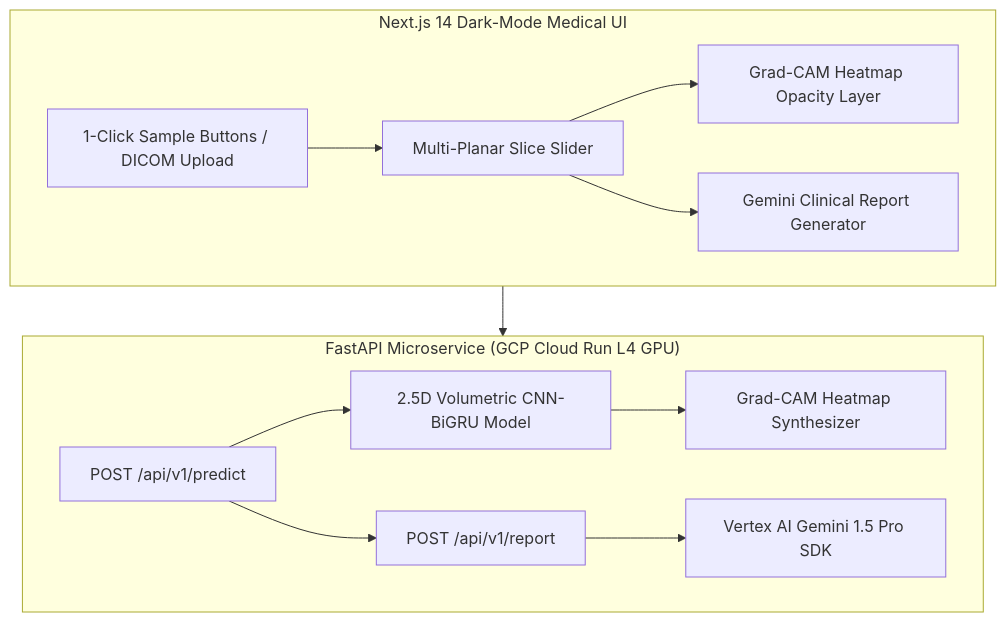
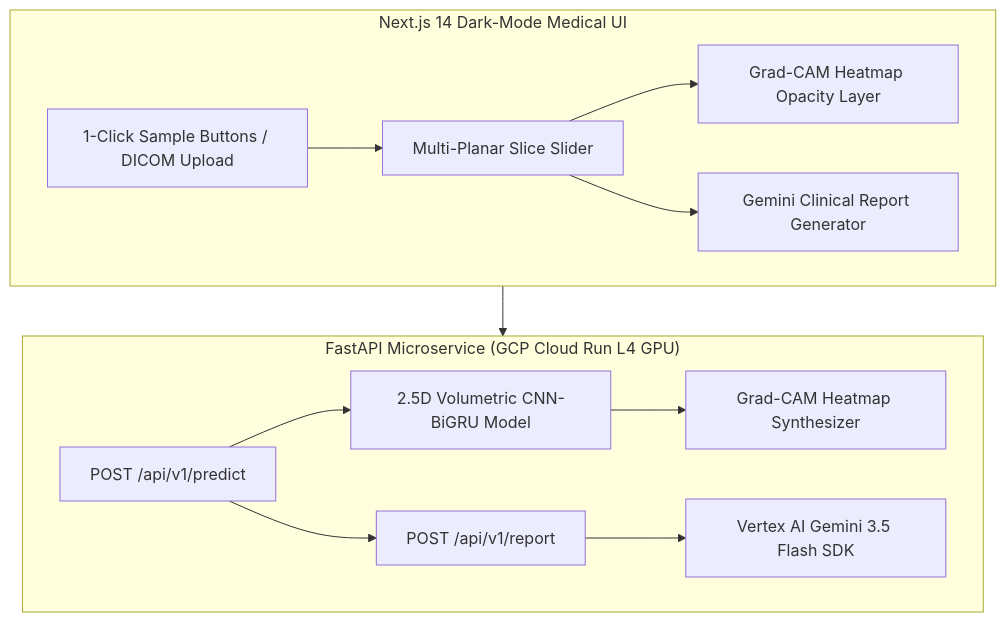
One commit to Sahil5273/RadScan-AI changed the diagram in README.md. Above: the diagram before and after it, drawn with Mermaid.

Commit message:
Update SDK reference in README

````diff
--- a/README.md
+++ b/README.md
@@ -26,17 +26,17 @@
 ```mermaid
 flowchart TD
     subgraph Frontend ["Next.js 14 Dark-Mode Medical UI"]
         A[1-Click Sample Buttons / DICOM Upload] --> B[Multi-Planar Slice Slider]
         B --> C[Grad-CAM Heatmap Opacity Layer]
         B --> D[Gemini Clinical Report Generator]
     end
 
     subgraph Backend ["FastAPI Microservice (GCP Cloud Run L4 GPU)"]
         E[POST /api/v1/predict] --> F[2.5D Volumetric CNN-BiGRU Model]
         F --> G[Grad-CAM Heatmap Synthesizer]
         E --> H[POST /api/v1/report]
-        H --> I[Vertex AI Gemini 1.5 Pro SDK]
+        H --> I[Vertex AI Gemini 3.5 Flash SDK]
     end
 
     Frontend --> Backend
 ```
````
